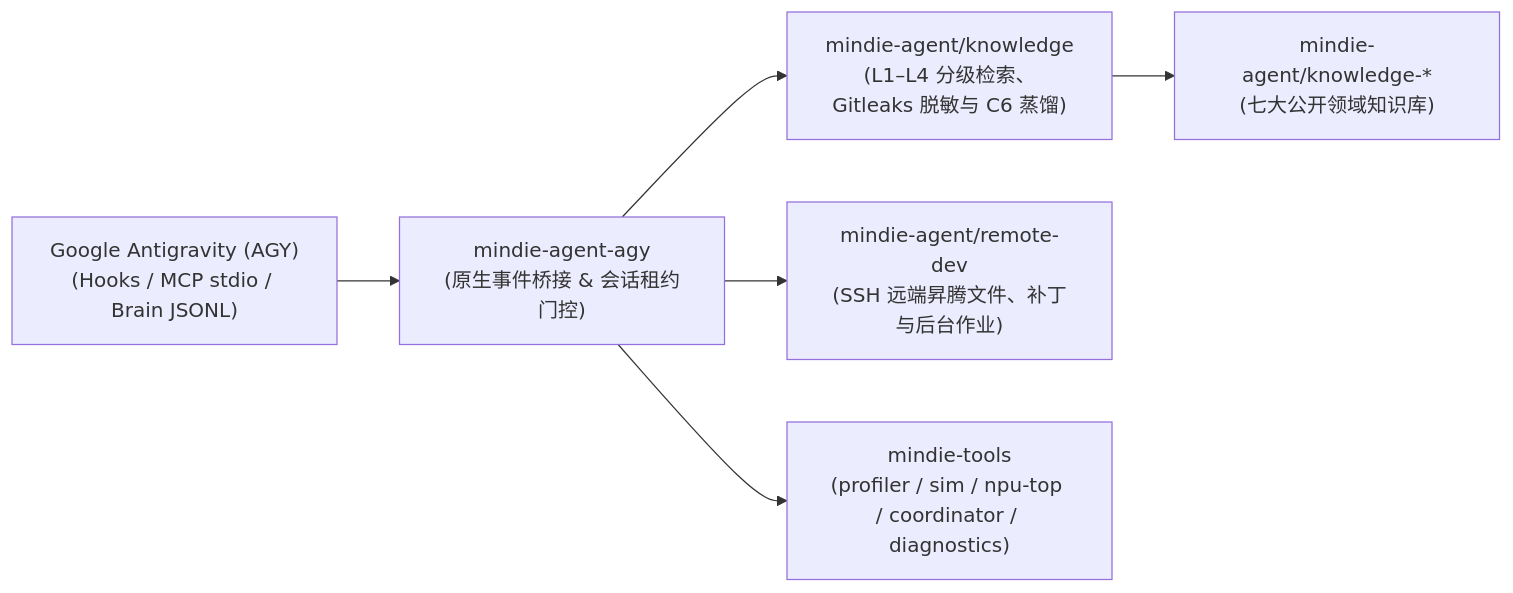
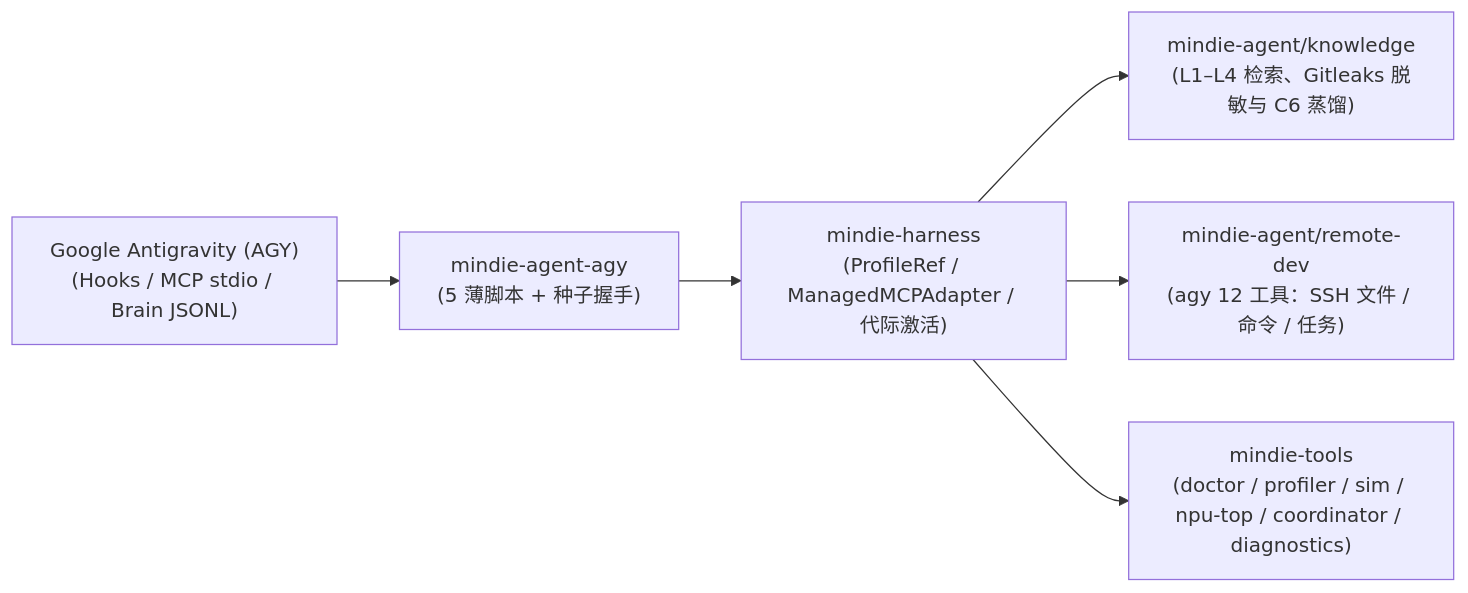
The diagram in README.md (mindie-agent/mindie-agent-agy), drawn with Mermaid before and after one commit. The commit also changed other lines of this file and 67 other files, not shown here.

First line of the commit message:
feat(ux): Great Subtraction thin host plugin, 1:1 remote profile, and 3-tier privacy (v0.1.21) (#25)

````diff
--- a/README.md
+++ b/README.md
@@ -271,8 +125,8 @@
 ```mermaid
 flowchart LR
-  AGY["Google Antigravity (AGY)<br/>(Hooks / MCP stdio / Brain JSONL)"] --> Entry["mindie-agent-agy<br/>(原生事件桥接 & 会话租约门控)"]
-  Entry --> Knowledge["mindie-agent/knowledge<br/>(L1–L4 分级检索、Gitleaks 脱敏与 C6 蒸馏)"]
-  Knowledge --> Feed["mindie-agent/knowledge-*<br/>(七大公开领域知识库)"]
-  Entry --> RemoteDev["mindie-agent/remote-dev<br/>(SSH 远端昇腾文件、补丁与后台作业)"]
-  Entry --> Tools["mindie-tools<br/>(profiler / sim / npu-top / coordinator / diagnostics)"]
+  AGY["Google Antigravity (AGY)<br/>(Hooks / MCP stdio / Brain JSONL)"] --> Entry["mindie-agent-agy<br/>(5 薄脚本 + 种子握手)"]
+  Entry --> Harness["mindie-harness<br/>(ProfileRef / ManagedMCPAdapter / 代际激活)"]
+  Harness --> Knowledge["mindie-agent/knowledge<br/>(L1–L4 检索、Gitleaks 脱敏与 C6 蒸馏)"]
+  Harness --> RemoteDev["mindie-agent/remote-dev<br/>(agy 12 工具：SSH 文件 / 命令 / 任务)"]
+  Harness --> Tools["mindie-tools<br/>(doctor / profiler / sim / npu-top / coordinator / diagnostics)"]
 ```
````
